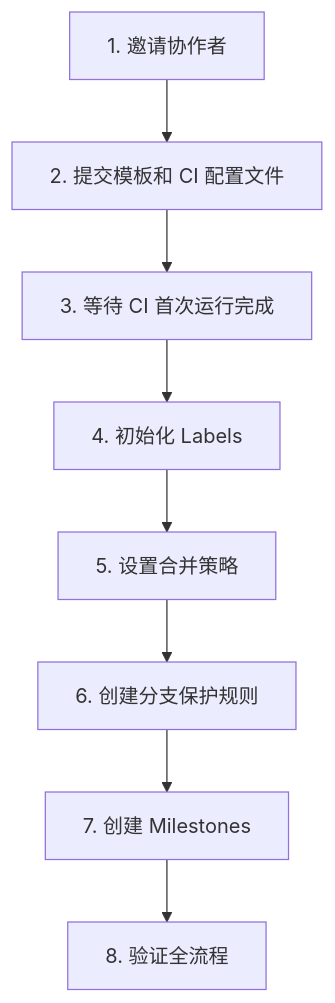
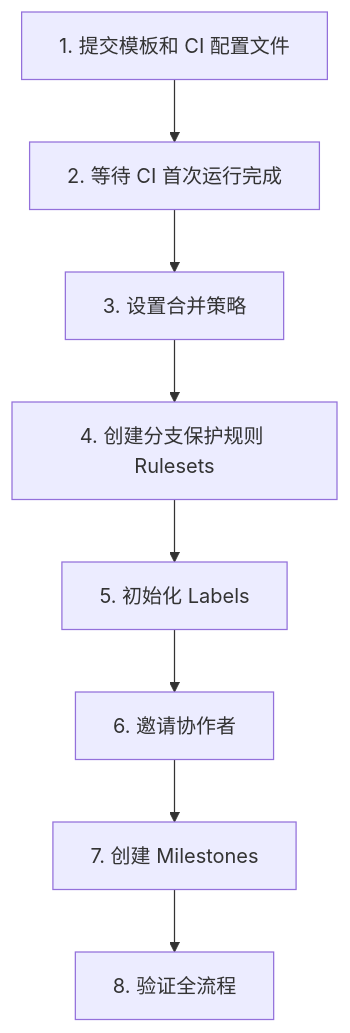
One commit to chy5301/semantic-transmission changed the diagram in docs/collaboration/admin/01-setup-checklist.md. Above: the diagram before and after it, drawn with Mermaid. The commit also changed other lines of this file and 2 other files, not shown here.

First line of the commit message:
chore: 清理已忽略文件，更新管理员文档为 Rulesets 方案

````diff
--- a/docs/collaboration/admin/01-setup-checklist.md
+++ b/docs/collaboration/admin/01-setup-checklist.md
@@ -7,10 +7,10 @@
 ```mermaid
 graph TD
-    A[1. 邀请协作者] --> B[2. 提交模板和 CI 配置文件]
-    B --> C[3. 等待 CI 首次运行完成]
-    C --> D[4. 初始化 Labels]
-    D --> E[5. 设置合并策略]
-    E --> F[6. 创建分支保护规则]
+    A[1. 提交模板和 CI 配置文件] --> B[2. 等待 CI 首次运行完成]
+    B --> C[3. 设置合并策略]
+    C --> D[4. 创建分支保护规则 Rulesets]
+    D --> E[5. 初始化 Labels]
+    E --> F[6. 邀请协作者]
     F --> G[7. 创建 Milestones]
     G --> H[8. 验证全流程]
 ```
````
